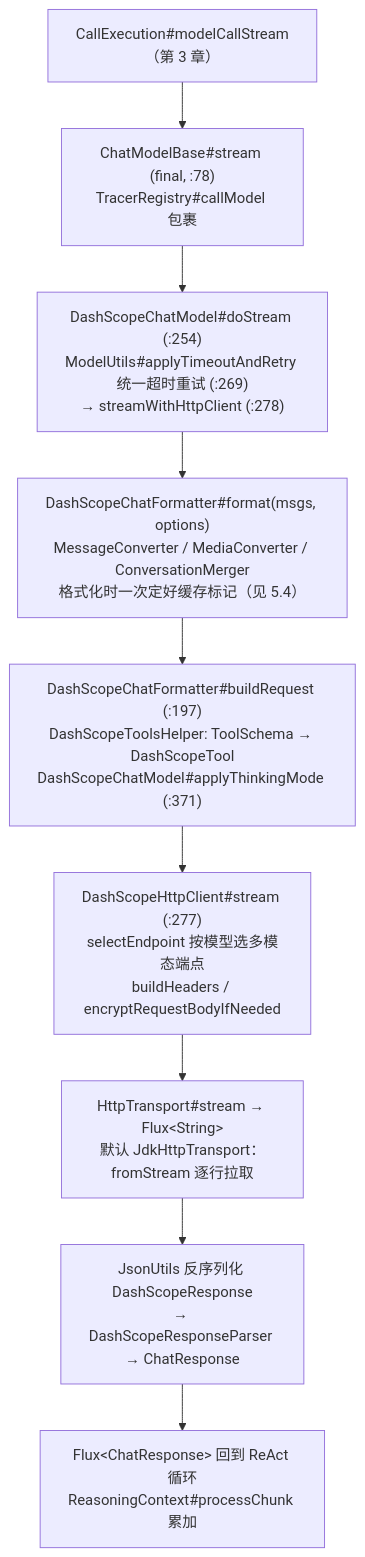
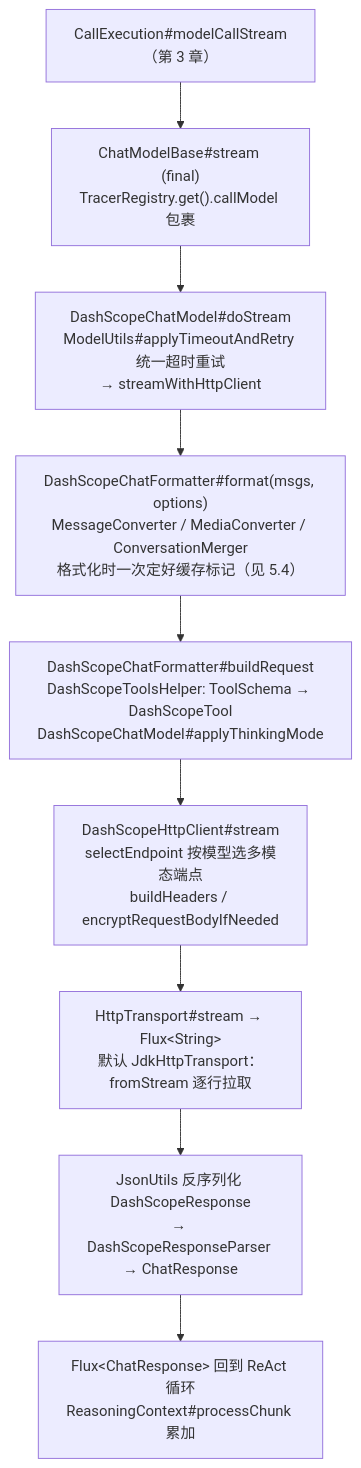
The second of 4 diagrams in 05-模型层.md (liulangjietou/AgentScope-source-analysis), drawn with Mermaid before and after one commit. The commit also changed other lines of this file and 13 other files, not shown here.

Commit message:
docs: align source guide and diagrams with main dcb131a3

````diff
--- a/05-模型层.md
+++ b/05-模型层.md
@@ -109,11 +109,11 @@
 ```mermaid
 flowchart TB
-    MC["CallExecution#modelCallStream（第 3 章）"] --> CMB["ChatModelBase#stream (final, :78)<br/>TracerRegistry#callModel 包裹"]
-    CMB --> DS["DashScopeChatModel#doStream (:254)<br/>ModelUtils#applyTimeoutAndRetry 统一超时重试 (:269)<br/>→ streamWithHttpClient (:278)"]
+    MC["CallExecution#modelCallStream（第 3 章）"] --> CMB["ChatModelBase#stream (final)<br/>TracerRegistry.get().callModel 包裹"]
+    CMB --> DS["DashScopeChatModel#doStream<br/>ModelUtils#applyTimeoutAndRetry 统一超时重试<br/>→ streamWithHttpClient"]
     DS --> FMT["DashScopeChatFormatter#format(msgs, options)<br/>MessageConverter / MediaConverter / ConversationMerger<br/>格式化时一次定好缓存标记（见 5.4）"]
-    FMT --> REQ["DashScopeChatFormatter#buildRequest (:197)<br/>DashScopeToolsHelper: ToolSchema → DashScopeTool<br/>DashScopeChatModel#applyThinkingMode (:371)"]
-    REQ --> HTTP["DashScopeHttpClient#stream (:277)<br/>selectEndpoint 按模型选多模态端点<br/>buildHeaders / encryptRequestBodyIfNeeded"]
+    FMT --> REQ["DashScopeChatFormatter#buildRequest<br/>DashScopeToolsHelper: ToolSchema → DashScopeTool<br/>DashScopeChatModel#applyThinkingMode"]
+    REQ --> HTTP["DashScopeHttpClient#stream<br/>selectEndpoint 按模型选多模态端点<br/>buildHeaders / encryptRequestBodyIfNeeded"]
     HTTP --> TR["HttpTransport#stream → Flux&lt;String&gt;<br/>默认 JdkHttpTransport：fromStream 逐行拉取"]
     TR --> PARSE["JsonUtils 反序列化 DashScopeResponse<br/>→ DashScopeResponseParser → ChatResponse"]
     PARSE --> OUT["Flux&lt;ChatResponse&gt; 回到 ReAct 循环<br/>ReasoningContext#processChunk 累加"]
 ```
````
